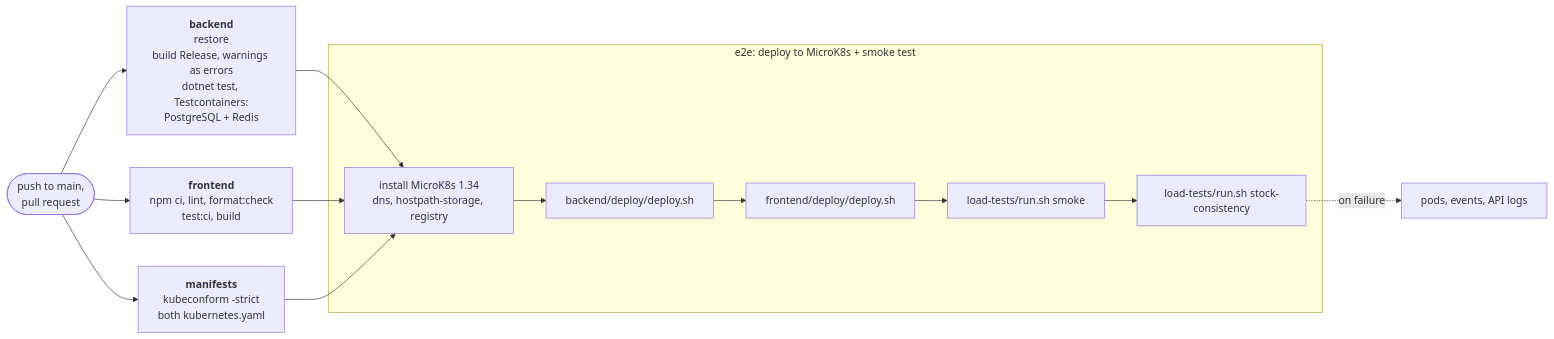
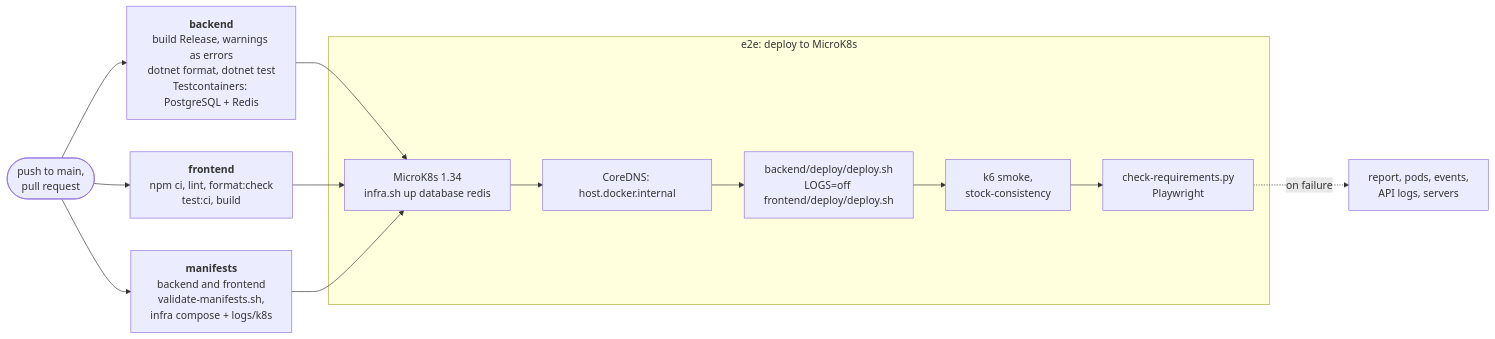
Diagram 15 of 19 in docs/flows.md (RubenCipriano/zeiss-product-management), drawn with Mermaid before and after one commit. The commit also changed other lines of this file and 50 other files, not shown here.

````diff
--- a/docs/flows.md
+++ b/docs/flows.md
@@ -681,19 +733,19 @@
 ```mermaid
 flowchart LR
     trig(["push to main,<br/>pull request"]) --> jb & jf & jm
 
-    jb["<b>backend</b><br/>restore<br/>build Release, warnings as errors<br/>dotnet test, Testcontainers:<br/>PostgreSQL + Redis"]
+    jb["<b>backend</b><br/>build Release, warnings as errors<br/>dotnet format, dotnet test<br/>Testcontainers: PostgreSQL + Redis"]
     jf["<b>frontend</b><br/>npm ci, lint, format:check<br/>test:ci, build"]
-    jm["<b>manifests</b><br/>kubeconform -strict<br/>both kubernetes.yaml"]
+    jm["<b>manifests</b><br/>backend and frontend<br/>validate-manifests.sh,<br/>infra compose + logs/k8s"]
 
     jb & jf & jm --> e1
 
-    subgraph e2e["e2e: deploy to MicroK8s + smoke test"]
-        e1["install MicroK8s 1.34<br/>dns, hostpath-storage, registry"] --> e2["backend/deploy/deploy.sh"]
-        e2 --> e3["frontend/deploy/deploy.sh"]
-        e3 --> e4["load-tests/run.sh smoke"]
-        e4 --> e5["load-tests/run.sh stock-consistency"]
+    subgraph e2e["e2e: deploy to MicroK8s"]
+        e1["MicroK8s 1.34<br/>infra.sh up database redis"] --> e2["CoreDNS: host.docker.internal"]
+        e2 --> e3["backend/deploy/deploy.sh<br/>LOGS=off frontend/deploy/deploy.sh"]
+        e3 --> e4["k6 smoke,<br/>stock-consistency"]
+        e4 --> e5["check-requirements.py<br/>Playwright"]
     end
 
-    e5 -.->|"on failure"| diag["pods, events, API logs"]
+    e5 -.->|"on failure"| diag["report, pods, events,<br/>API logs, servers"]
 ```
````
